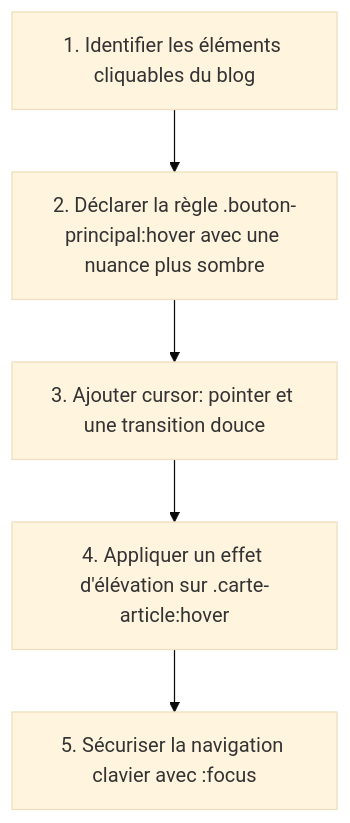
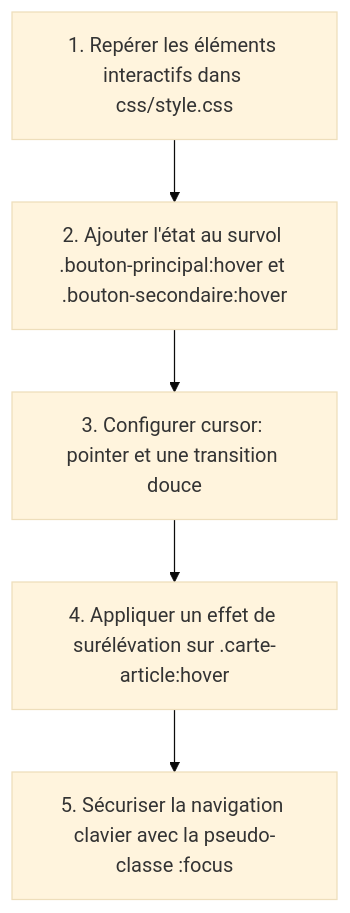
The diagram in _tutos/D.122.2-css/UA.122.24/T.122.242/dynamiser-interactions-pseudo-classe-hover.md (solicode-web-mobile/autoformations-web), drawn with Mermaid (base theme) before and after one commit. The commit also changed other lines of this file and 39 other files, not shown here.

````diff
--- a/_tutos/D.122.2-css/UA.122.24/T.122.242/dynamiser-interactions-pseudo-classe-hover.md
+++ b/_tutos/D.122.2-css/UA.122.24/T.122.242/dynamiser-interactions-pseudo-classe-hover.md
@@ -27,7 +27,7 @@
 ```mermaid
 flowchart TD
-    A["1. Identifier les éléments cliquables du blog"] --> B["2. Déclarer la règle .bouton-principal:hover avec une nuance plus sombre"]
-    B --> C["3. Ajouter cursor: pointer et une transition douce"]
-    C --> D["4. Appliquer un effet d'élévation sur .carte-article:hover"]
-    D --> E["5. Sécuriser la navigation clavier avec :focus"]
+    A["1. Repérer les éléments interactifs dans css/style.css"] --> B["2. Ajouter l'état au survol .bouton-principal:hover et .bouton-secondaire:hover"]
+    B --> C["3. Configurer cursor: pointer et une transition douce"]
+    C --> D["4. Appliquer un effet de surélévation sur .carte-article:hover"]
+    D --> E["5. Sécuriser la navigation clavier avec la pseudo-classe :focus"]
 ```
````
